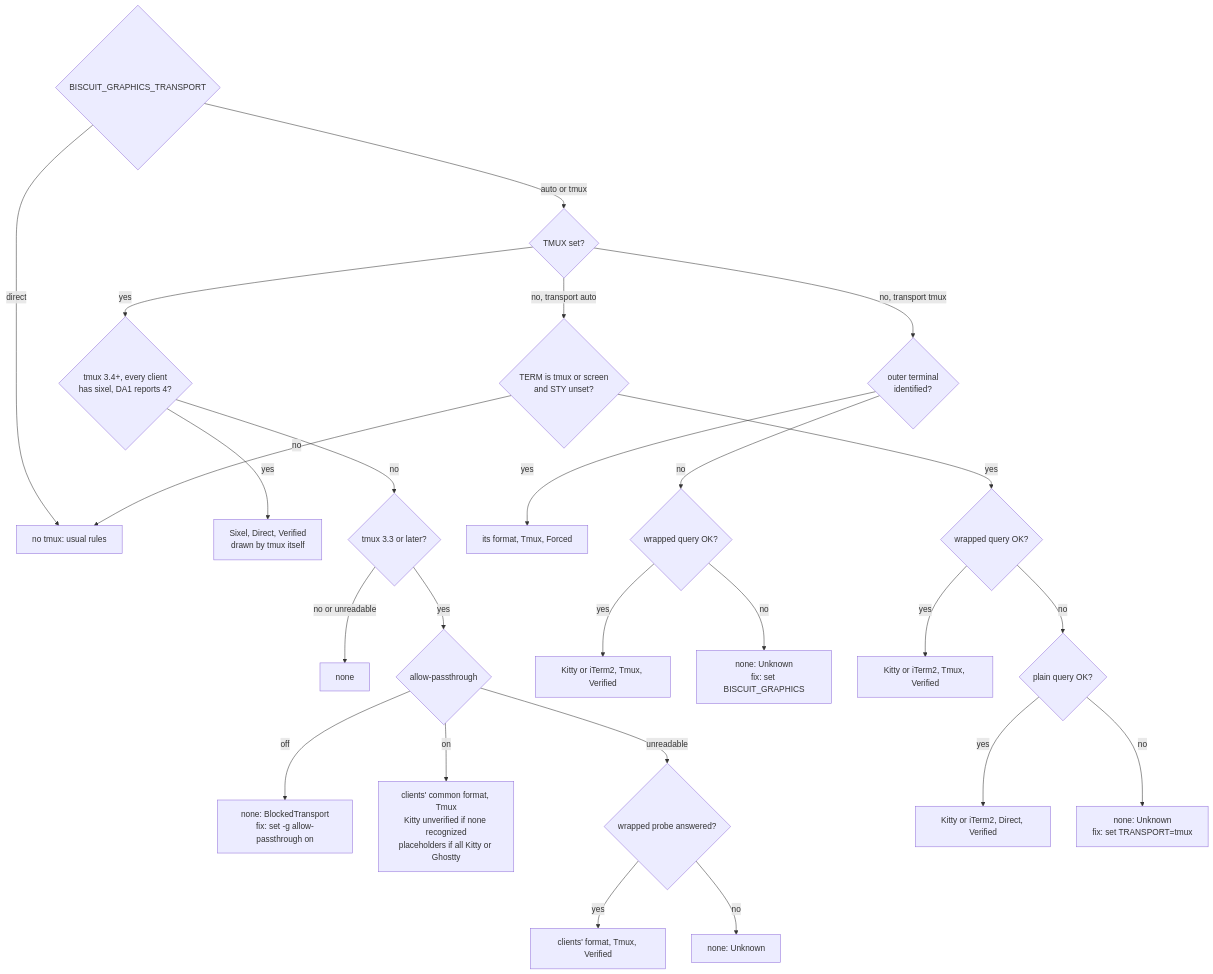
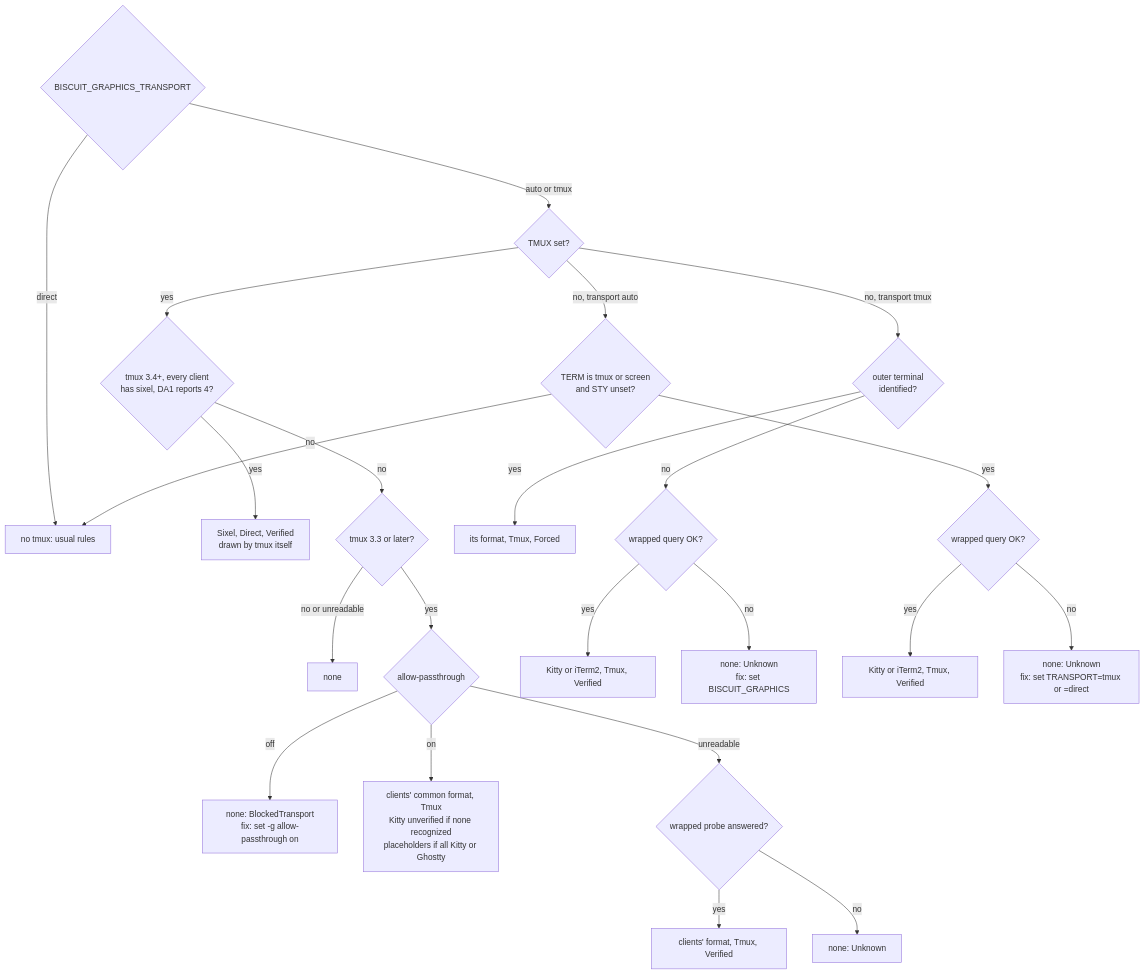
Before and after one commit to yankeeinlondon/rusty-biscuit: the third of 3 diagrams in biscuit-terminal/docs/discovery/graphics-routes.md, drawn with Mermaid. The commit also changed other lines of this file and 12 other files, not shown here.

First line of the commit message:
docs(biscuit-terminal): document graphics behavior and review repairs

````diff
--- a/biscuit-terminal/docs/discovery/graphics-routes.md
+++ b/biscuit-terminal/docs/discovery/graphics-routes.md
@@ -477,27 +537,25 @@
 ```mermaid
 flowchart TD
     D{BISCUIT_GRAPHICS_TRANSPORT} -->|direct| N[no tmux: usual rules]
     D -->|auto or tmux| A{TMUX set?}
     A -->|yes| NS{tmux 3.4+, every client<br/>has sixel, DA1 reports 4?}
     NS -->|yes| NSX[Sixel, Direct, Verified<br/>drawn by tmux itself]
     NS -->|no| V{tmux 3.3 or later?}
     V -->|no or unreadable| VN[none]
     V -->|yes| PT{allow-passthrough}
     PT -->|off| PO[none: BlockedTransport<br/>fix: set -g allow-passthrough on]
     PT -->|on| PC[clients' common format, Tmux<br/>Kitty unverified if none recognized<br/>placeholders if all Kitty or Ghostty]
     PT -->|unreadable| PW{wrapped probe answered?}
     PW -->|yes| PV[clients' format, Tmux, Verified]
     PW -->|no| PU[none: Unknown]
     A -->|no, transport tmux| DT{outer terminal<br/>identified?}
     DT -->|yes| DF[its format, Tmux, Forced]
     DT -->|no| DW{wrapped query OK?}
     DW -->|yes| DV[Kitty or iTerm2, Tmux, Verified]
     DW -->|no| DU[none: Unknown<br/>fix: set BISCUIT_GRAPHICS]
     A -->|no, transport auto| H{TERM is tmux or screen<br/>and STY unset?}
     H -->|no| N
     H -->|yes| HW{wrapped query OK?}
     HW -->|yes| HV[Kitty or iTerm2, Tmux, Verified]
-    HW -->|no| HP{plain query OK?}
-    HP -->|yes| HK[Kitty or iTerm2, Direct, Verified]
-    HP -->|no| HU[none: Unknown<br/>fix: set TRANSPORT=tmux]
+    HW -->|no| HU[none: Unknown<br/>fix: set TRANSPORT=tmux or =direct]
 ```
````
